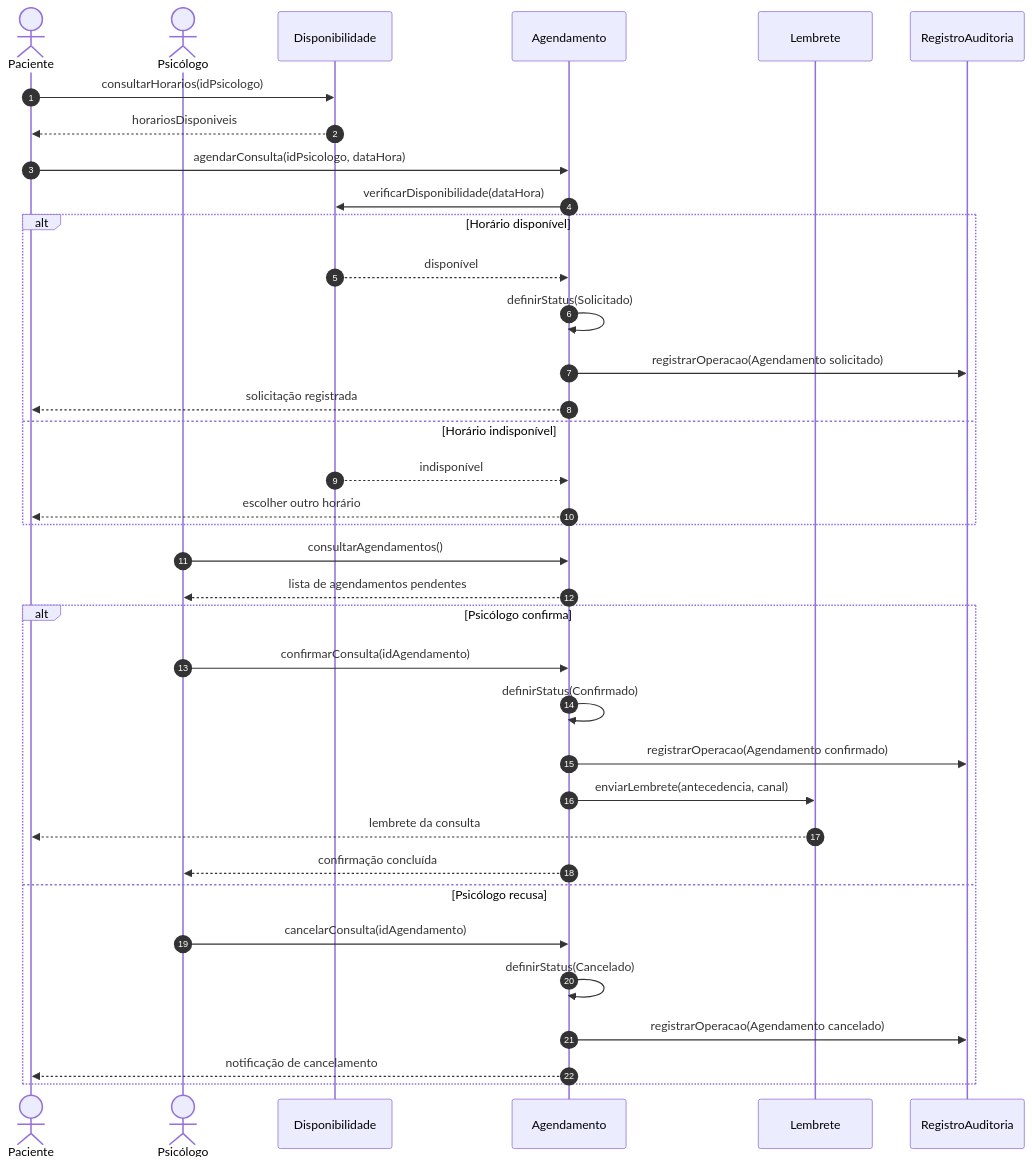
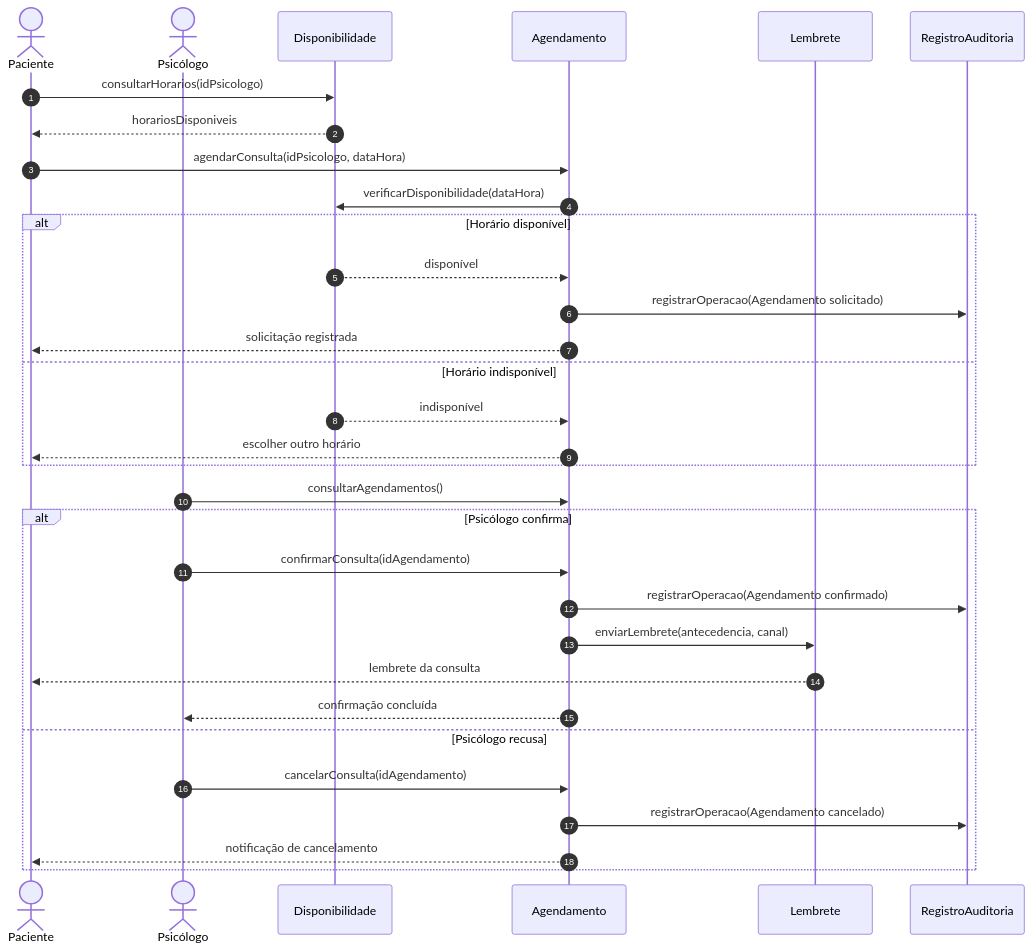
Before and after one commit to Icaro230307/AV3-PsiConnect: the third of 8 diagrams in README.md, drawn with Mermaid. The commit also changed other lines of this file, not shown here.

````diff
--- a/README.md
+++ b/README.md
@@ -126,43 +126,39 @@
 ```mermaid
 sequenceDiagram
     autonumber
     actor Pac as Paciente
     actor Psi as Psicólogo
     participant D as Disponibilidade
     participant A as Agendamento
     participant L as Lembrete
     participant R as RegistroAuditoria
 
     Pac->>D: consultarHorarios(idPsicologo)
     D-->>Pac: horariosDisponiveis
 
     Pac->>A: agendarConsulta(idPsicologo, dataHora)
     A->>D: verificarDisponibilidade(dataHora)
 
     alt Horário disponível
         D-->>A: disponível
-        A->>A: definirStatus(Solicitado)
         A->>R: registrarOperacao(Agendamento solicitado)
         A-->>Pac: solicitação registrada
     else Horário indisponível
         D-->>A: indisponível
         A-->>Pac: escolher outro horário
     end
 
     Psi->>A: consultarAgendamentos()
-    A-->>Psi: lista de agendamentos pendentes
 
     alt Psicólogo confirma
         Psi->>A: confirmarConsulta(idAgendamento)
-        A->>A: definirStatus(Confirmado)
         A->>R: registrarOperacao(Agendamento confirmado)
         A->>L: enviarLembrete(antecedencia, canal)
         L-->>Pac: lembrete da consulta
         A-->>Psi: confirmação concluída
     else Psicólogo recusa
         Psi->>A: cancelarConsulta(idAgendamento)
-        A->>A: definirStatus(Cancelado)
         A->>R: registrarOperacao(Agendamento cancelado)
         A-->>Pac: notificação de cancelamento
     end
 ```
````
